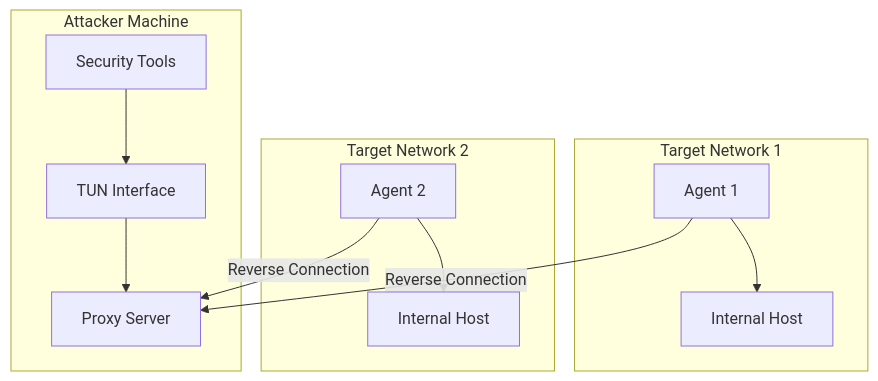
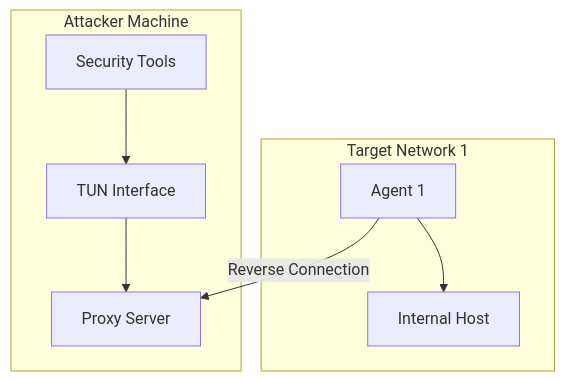
One commit to postalsys/Muti-Metroo changed the first of 5 diagrams in docs/docs/comparisons/vs-ligolo-ng.md. Above: the diagram before and after it, drawn with Mermaid. The commit also changed other lines of this file, not shown here.

First line of the commit message:
docs: fix Ligolo-ng architecture diagrams for accurate double pivoting

````diff
--- a/docs/docs/comparisons/vs-ligolo-ng.md
+++ b/docs/docs/comparisons/vs-ligolo-ng.md
@@ -35,25 +35,18 @@
 ```mermaid
 flowchart TB
     subgraph Attacker["Attacker Machine"]
+        Tools[Security Tools]
+        TUN[TUN Interface]
         Proxy[Proxy Server]
-        TUN[TUN Interface]
-        Tools[Security Tools]
     end
 
     subgraph Network1["Target Network 1"]
         Agent1[Agent 1]
         Target1[Internal Host]
     end
 
-    subgraph Network2["Target Network 2"]
-        Agent2[Agent 2]
-        Target2[Internal Host]
-    end
-
     Tools --> TUN
     TUN --> Proxy
     Agent1 -->|"Reverse Connection"| Proxy
-    Agent2 -->|"Reverse Connection"| Proxy
     Agent1 --> Target1
-    Agent2 --> Target2
 ```
````
